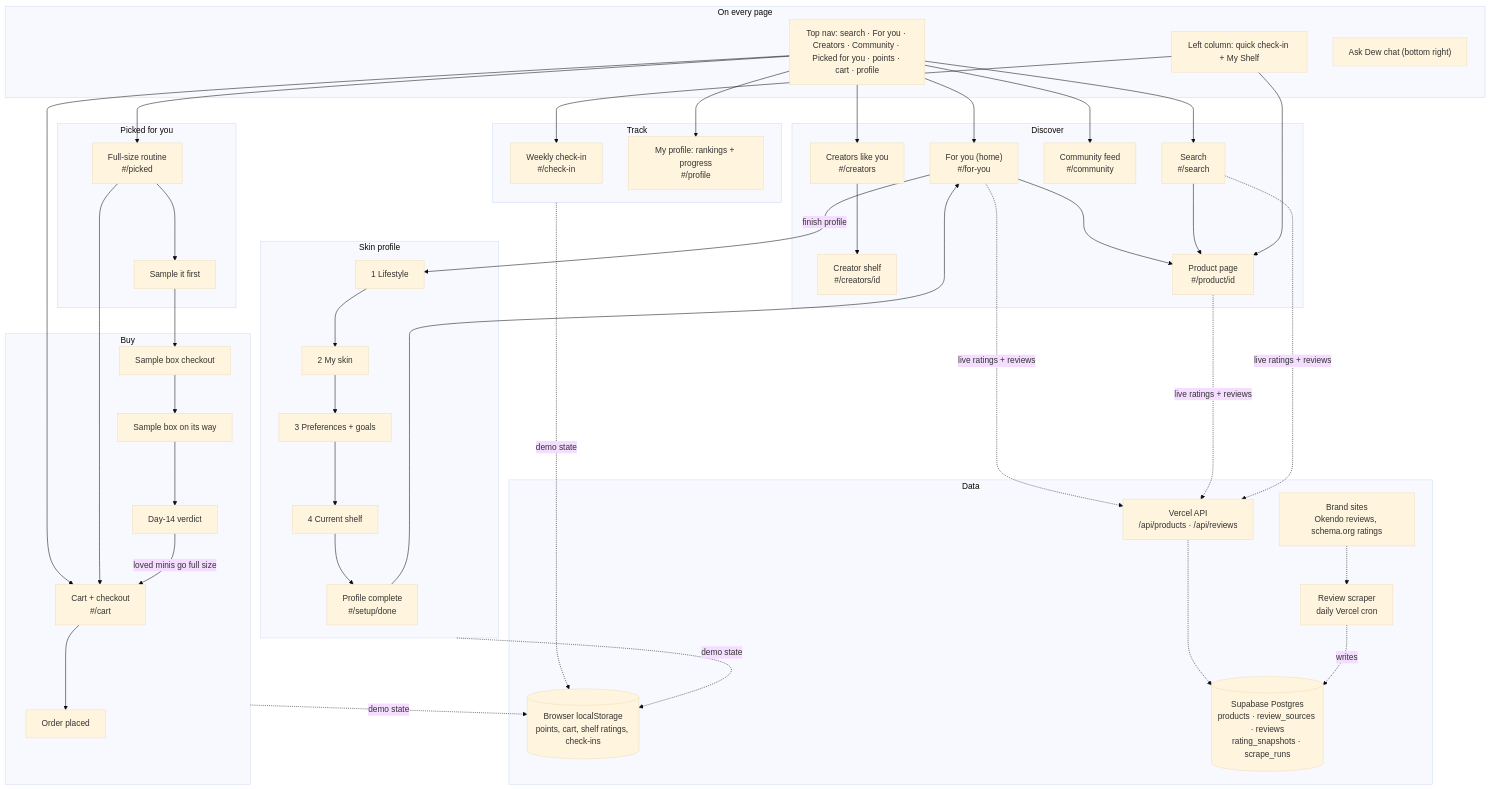
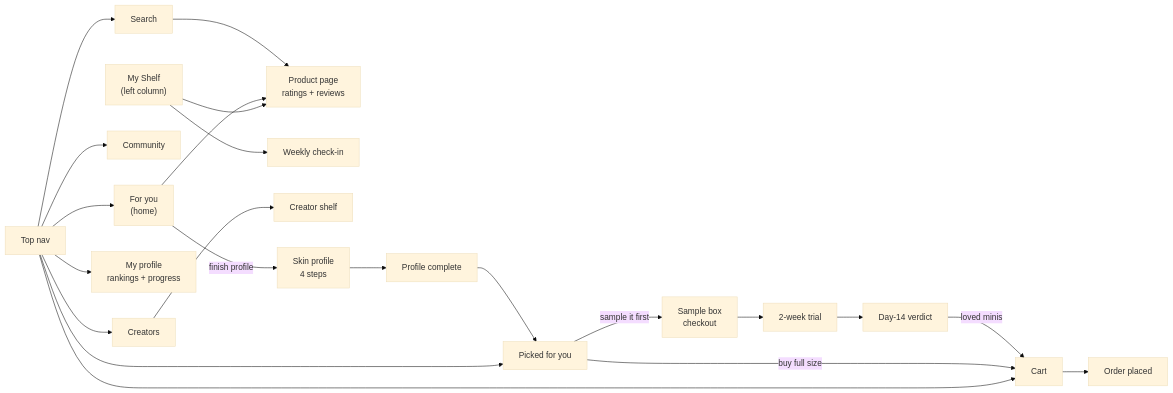
Before and after one commit to enyajpan/dew-web: the first of 2 diagrams in README.md, drawn with Mermaid (base theme). The commit also changed other lines of this file, not shown here.

Commit message:
README: split the IA diagram into readable screens and data diagrams

````diff
--- a/README.md
+++ b/README.md
@@ -24,62 +26,22 @@
 ```mermaid
-flowchart TB
-  subgraph Global["On every page"]
-    NAV["Top nav: search · For you · Creators · Community · Picked for you · points · cart · profile"]
-    SHELF["Left column: quick check-in + My Shelf"]
-    ASK["Ask Dew chat (bottom right)"]
-  end
+flowchart LR
+  NAV["Top nav"]
+  NAV --> FY["For you<br/>(home)"]
+  NAV --> CR["Creators"]
+  NAV --> CO["Community"]
+  NAV --> PK["Picked for you"]
+  NAV --> SE["Search"]
+  NAV --> CA["Cart"]
+  NAV --> PF["My profile<br/>rankings + progress"]
 
-  subgraph Discover["Discover"]
-    FY["For you (home)<br/>#/for-you"]
-    CR["Creators like you<br/>#/creators"]
-    CRP["Creator shelf<br/>#/creators/id"]
-    CO["Community feed<br/>#/community"]
-    SE["Search<br/>#/search"]
-    PR["Product page<br/>#/product/id"]
-  end
-
-  subgraph Onboard["Skin profile"]
-    S1["1 Lifestyle"] --> S2["2 My skin"] --> S3["3 Preferences + goals"] --> S4["4 Current shelf"] --> SD["Profile complete<br/>#/setup/done"]
-  end
-
-  subgraph Routine["Picked for you"]
-    PK["Full-size routine<br/>#/picked"]
-    SB["Sample it first"]
-  end
-
-  subgraph Buy["Buy"]
-    CA["Cart + checkout<br/>#/cart"] --> OP["Order placed"]
-    SC["Sample box checkout"] --> SP["Sample box on its way"] --> SV["Day-14 verdict"]
-  end
-
-  subgraph Track["Track"]
-    CI["Weekly check-in<br/>#/check-in"]
-    PF["My profile: rankings + progress<br/>#/profile"]
-  end
-
-  subgraph Data["Data"]
-    LS[("Browser localStorage<br/>points, cart, shelf ratings, check-ins")]
-    API["Vercel API<br/>/api/products · /api/reviews"]
-    DB[("Supabase Postgres<br/>products · review_sources · reviews<br/>rating_snapshots · scrape_runs")]
-    SCR["Review scraper<br/>daily Vercel cron"]
-    WEB["Brand sites<br/>Okendo reviews, schema.org ratings"]
-  end
-
-  NAV --> FY & CR & CO & PK & SE & CA & PF
-  FY -->|finish profile| S1
-  SD --> FY
+  SHELF["My Shelf<br/>(left column)"] --> PR["Product page<br/>ratings + reviews"]
+  SHELF --> CI["Weekly check-in"]
   FY --> PR
   SE --> PR
-  SHELF --> PR
-  CR --> CRP
-  PK --> CA
-  PK --> SB --> SC
-  SV -->|loved minis go full size| CA
-  SHELF --> CI
+  CR --> CRP["Creator shelf"]
 
-  FY & PR & SE -.->|live ratings + reviews| API
-  API -.-> DB
-  SCR -.->|writes| DB
-  WEB -.-> SCR
-  Track & Buy & Onboard -.->|demo state| LS
+  FY -->|finish profile| ON["Skin profile<br/>4 steps"] --> SD["Profile complete"] --> PK
+  PK -->|buy full size| CA --> OP["Order placed"]
+  PK -->|sample it first| SC["Sample box<br/>checkout"] --> SP["2-week trial"] --> SV["Day-14 verdict"]
+  SV -->|loved minis| CA
 ```
````
